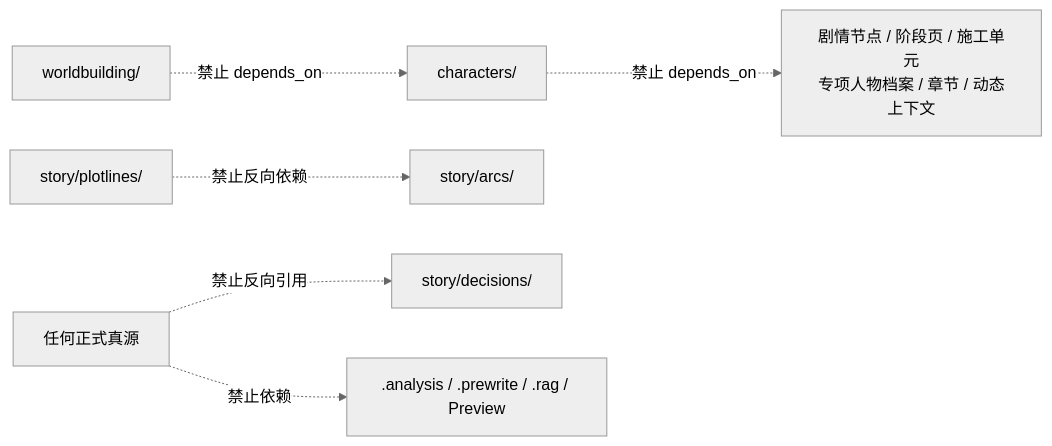
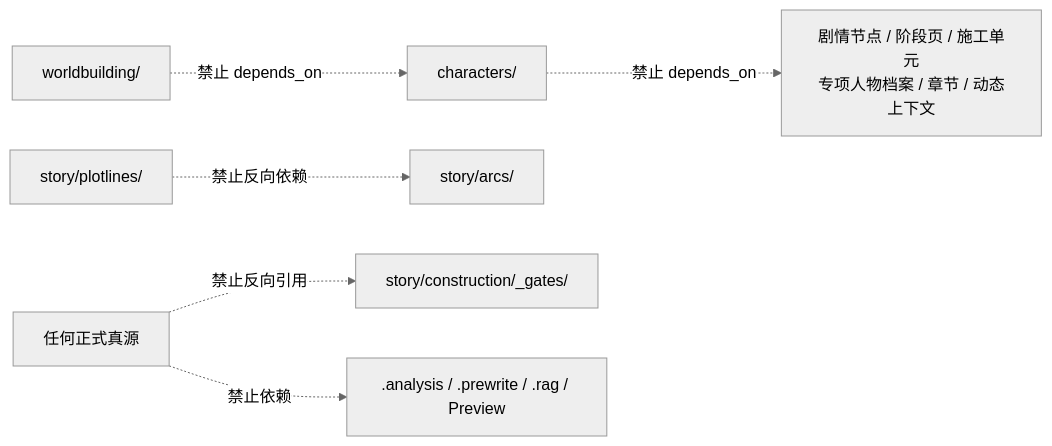
The third of 3 diagrams in REFERENCES.md (zevwings/story-stars), drawn with Mermaid (neutral theme) before and after one commit. The commit also changed other lines of this file and 128 other files, not shown here.

````diff
--- a/REFERENCES.md
+++ b/REFERENCES.md
@@ -89,8 +89,8 @@
 ```mermaid
 flowchart LR
     World["worldbuilding/"] -. "禁止 depends_on" .-> Character["characters/"]
     Character -. "禁止 depends_on" .-> Narrative["剧情节点 / 阶段页 / 施工单元<br/>专项人物档案 / 章节 / 动态上下文"]
     Plotline["story/plotlines/"] -. "禁止反向依赖" .-> Arc["story/arcs/"]
-    Formal["任何正式真源"] -. "禁止反向引用" .-> Decision["story/decisions/"]
+    Formal["任何正式真源"] -. "禁止反向引用" .-> Gate["story/construction/_gates/"]
     Formal -. "禁止依赖" .-> Derived[".analysis / .prewrite / .rag / Preview"]
 ```
````
